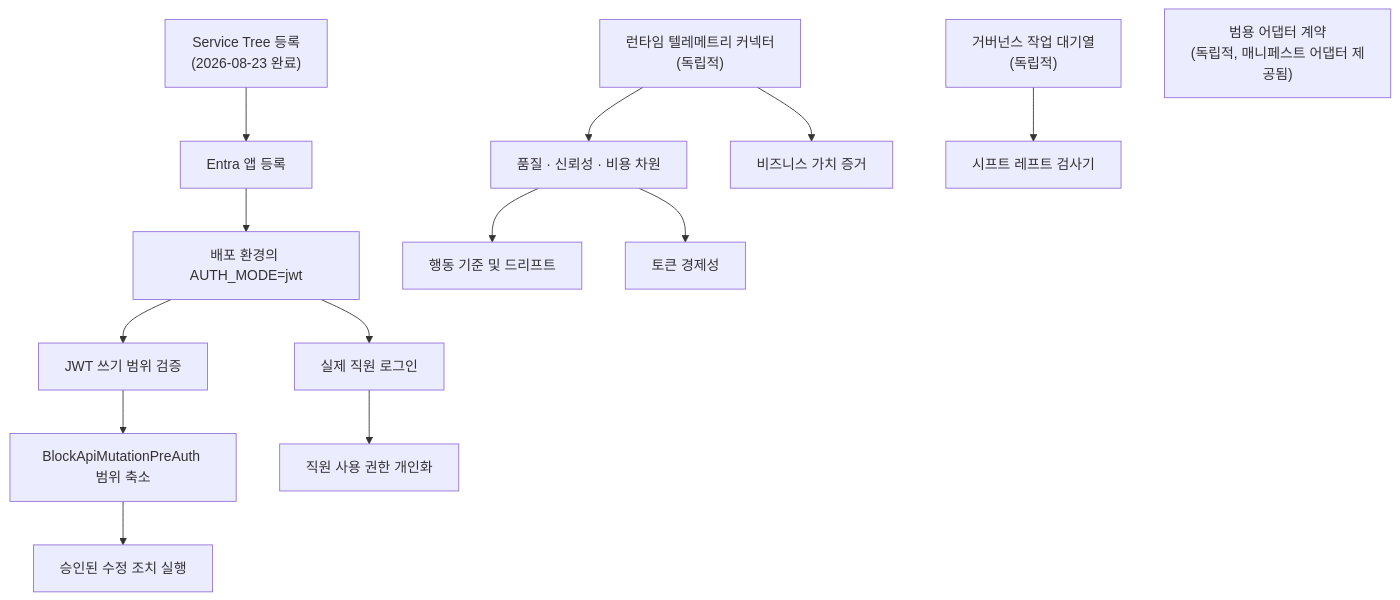
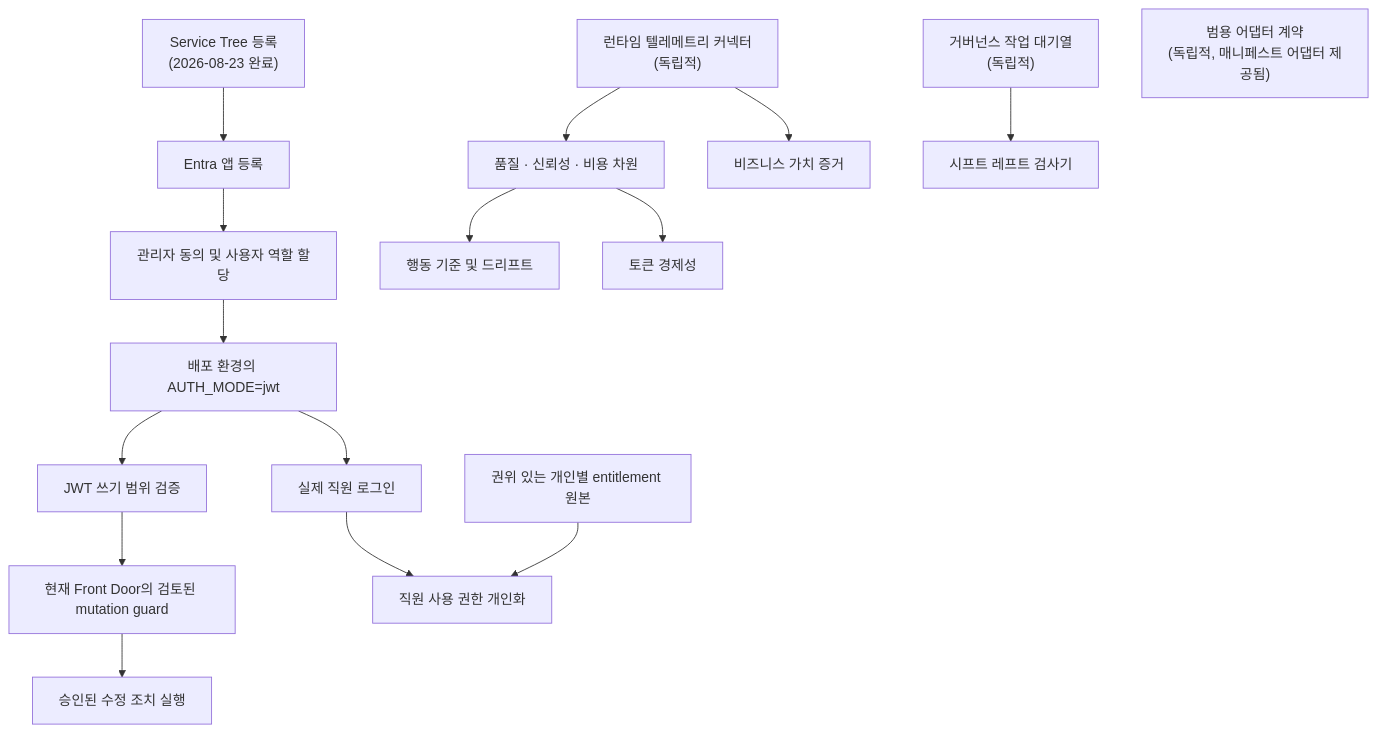
The diagram in docs/roadmap.md (YOONPYOGitHub/agent-sentinel), drawn with Mermaid before and after one commit. The commit also changed other lines of this file and 9 other files, not shown here.

````diff
--- a/docs/roadmap.md
+++ b/docs/roadmap.md
@@ -30,20 +33,22 @@
 ```mermaid
 flowchart TD
     ST["Service Tree 등록<br/>(2026-08-23 완료)"]
     ST --> EA["Entra 앱 등록"]
-    EA --> AUTH["배포 환경의 AUTH_MODE=jwt"]
+    EA --> CONSENT["관리자 동의 및 사용자 역할 할당"]
+    CONSENT --> AUTH["배포 환경의 AUTH_MODE=jwt"]
     AUTH --> LOGIN["실제 직원 로그인"]
     AUTH --> WRITE["JWT 쓰기 범위 검증"]
-    WRITE --> WAF["BlockApiMutationPreAuth 범위 축소"]
+    WRITE --> WAF["현재 Front Door의 검토된 mutation guard"]
     WAF --> REM["승인된 수정 조치 실행"]
     LOGIN --> ENT["직원 사용 권한 개인화"]
+    AUTHORITY["권위 있는 개인별 entitlement 원본"] --> ENT
 
     TEL["런타임 텔레메트리 커넥터<br/>(독립적)"]
     TEL --> DIMS["품질 · 신뢰성 · 비용 차원"]
     DIMS --> DRIFT["행동 기준 및 드리프트"]
     DIMS --> TOKEN["토큰 경제성"]
     TEL --> VALUE["비즈니스 가치 증거"]
 
     GOV["거버넌스 작업 대기열<br/>(독립적)"] --> SHIFT["시프트 레프트 검사기"]
     ADAPT["범용 어댑터 계약<br/>(독립적, 매니페스트 어댑터 제공됨)"]
 ```
````
